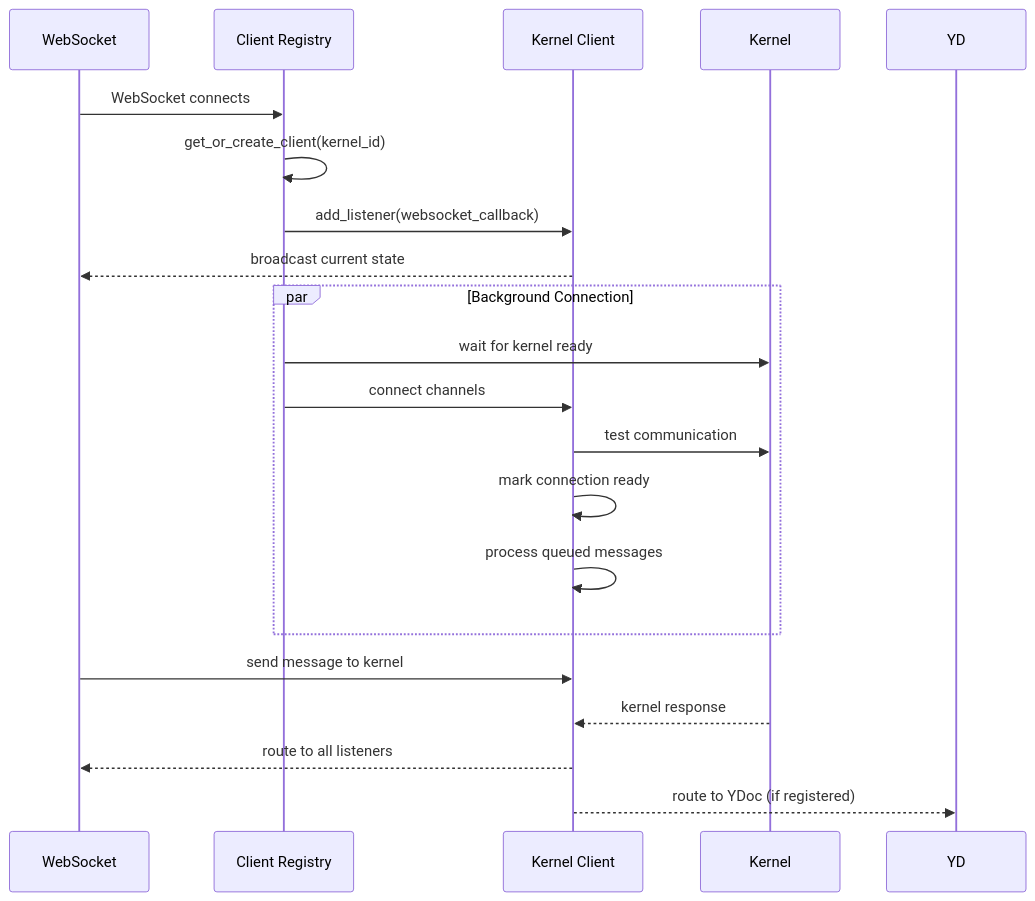
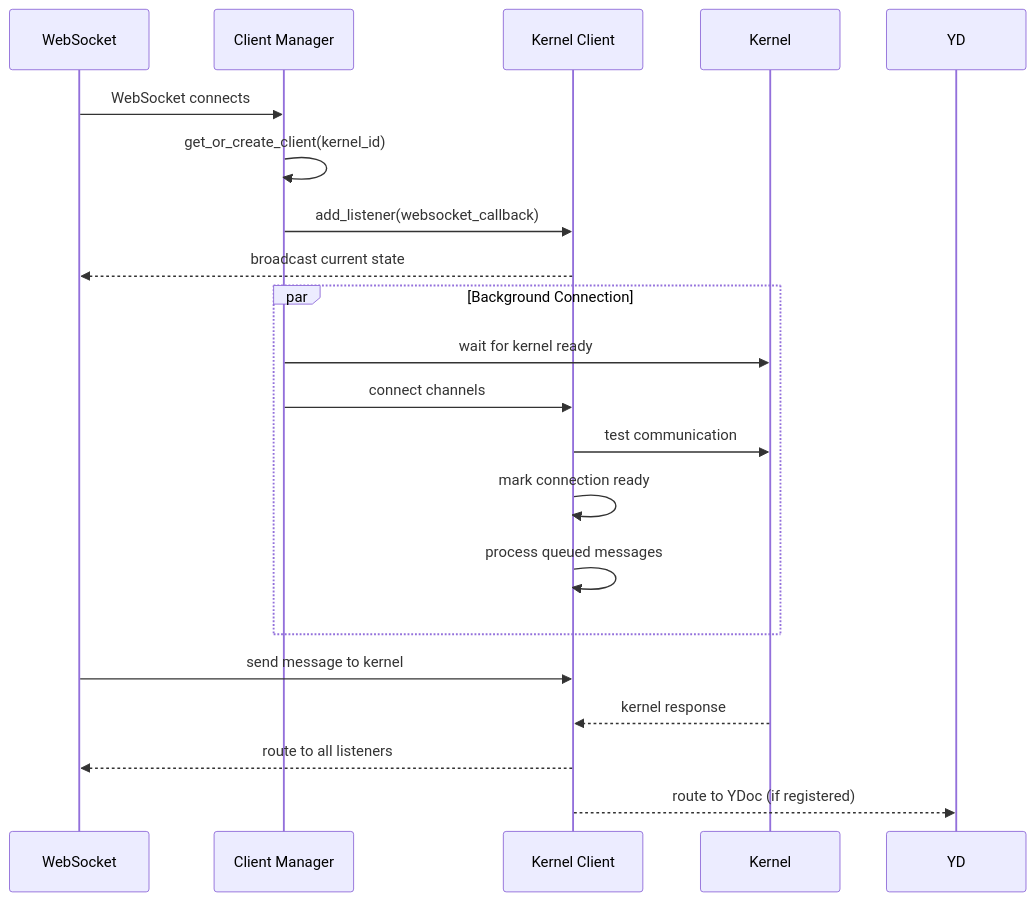
One commit to Zsailer/nextgen-kernels-api changed the third of 3 diagrams in README.md. Above: the diagram before and after it, drawn with Mermaid. The commit also changed other lines of this file and 3 other files, not shown here.

First line of the commit message:
Rename KernelClientRegistry to KernelClientManager

````diff
--- a/README.md
+++ b/README.md
@@ -53,25 +53,25 @@
 ```mermaid
 sequenceDiagram
     participant WS as WebSocket
-    participant CR as Client Registry
+    participant CM as Client Manager
     participant KC as Kernel Client
     participant K as Kernel
 
-    WS->>CR: WebSocket connects
-    CR->>CR: get_or_create_client(kernel_id)
-    CR->>KC: add_listener(websocket_callback)
+    WS->>CM: WebSocket connects
+    CM->>CM: get_or_create_client(kernel_id)
+    CM->>KC: add_listener(websocket_callback)
     KC-->>WS: broadcast current state
 
     par Background Connection
-        CR->>K: wait for kernel ready
-        CR->>KC: connect channels
+        CM->>K: wait for kernel ready
+        CM->>KC: connect channels
         KC->>K: test communication
         KC->>KC: mark connection ready
         KC->>KC: process queued messages
     end
 
     WS->>KC: send message to kernel
     K-->>KC: kernel response
     KC-->>WS: route to all listeners
     KC-->>YD: route to YDoc (if registered)
 ```
````
